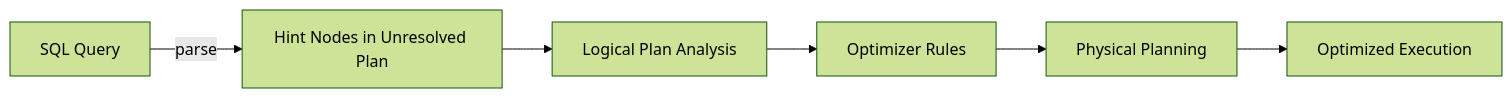
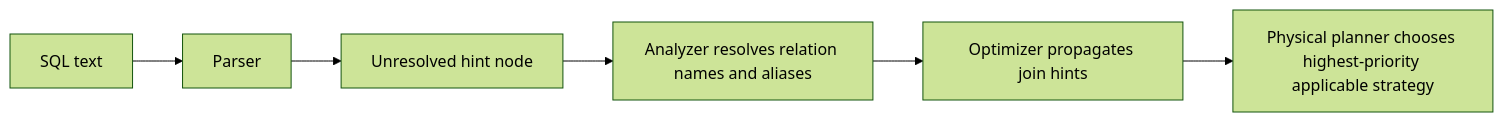
The diagram in spark-sql/docs/querying/joins/hints/resolver.md (mahfooziiitian/spark-batch), drawn with Mermaid (forest theme) before and after one commit. The commit also changed other lines of this file and 809 other files, not shown here.

````diff
--- a/spark-sql/docs/querying/joins/hints/resolver.md
+++ b/spark-sql/docs/querying/joins/hints/resolver.md
@@ -9,8 +17,8 @@
 ```mermaid
 flowchart LR
-    SQL[SQL Query] -->|parse| HP[Hint Nodes in Unresolved Plan]
-    HP --> LA[Logical Plan Analysis]
-    LA --> OR[Optimizer Rules]
-    OR --> PP[Physical Planning]
-    PP --> O[Optimized Execution]
+    SQL[SQL text] --> P[Parser]
+    P --> UH[Unresolved hint node]
+    UH --> A[Analyzer resolves relation names and aliases]
+    A --> O[Optimizer propagates join hints]
+    O --> J[Physical planner chooses highest-priority applicable strategy]
 ```
````
